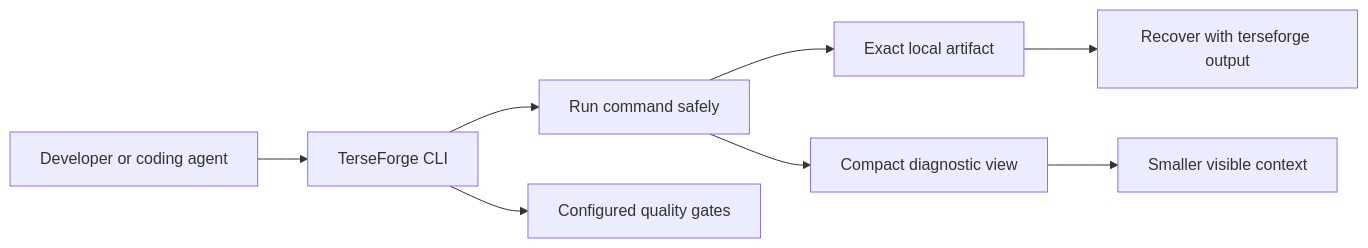
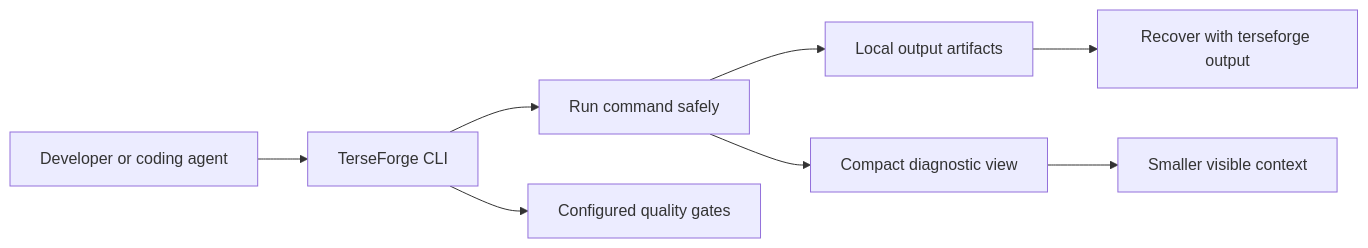
Before and after one commit to luucabg/terseforge: the diagram in README.md, drawn with Mermaid. The commit also changed other lines of this file and 35 other files, not shown here.

````diff
--- a/README.md
+++ b/README.md
@@ -132,10 +133,10 @@
 ```mermaid
 flowchart LR
     A["Developer or coding agent"] --> B["TerseForge CLI"]
     B --> C["Run command safely"]
-    C --> D["Exact local artifact"]
+    C --> D["Local output artifacts"]
     C --> E["Compact diagnostic view"]
     D --> F["Recover with terseforge output"]
     E --> G["Smaller visible context"]
     B --> H["Configured quality gates"]
 ```
````
